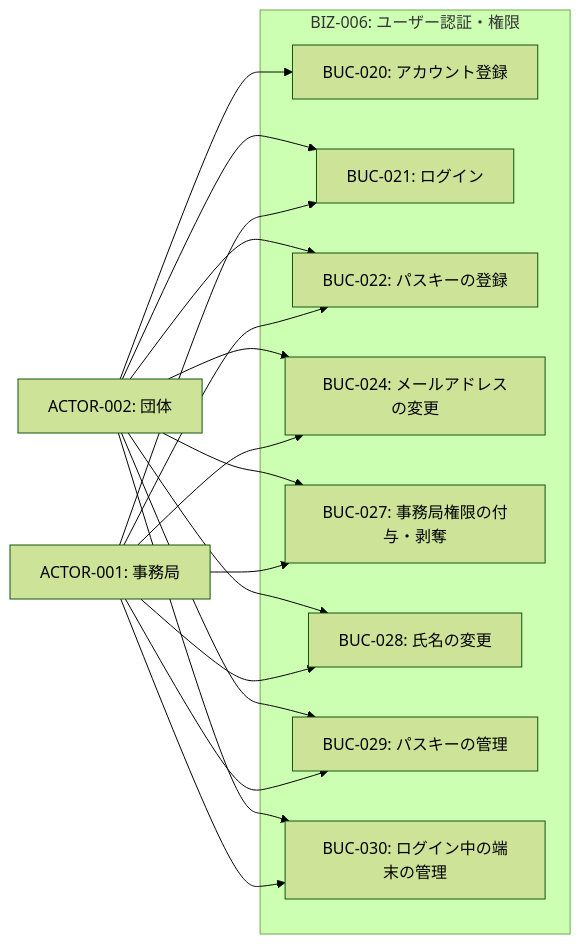
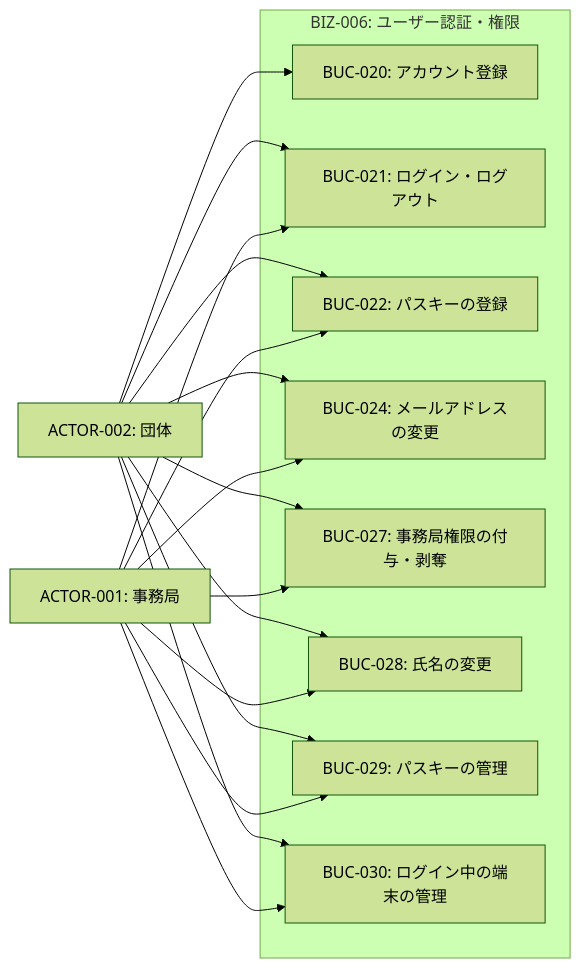
One commit to gdsc-osaka/iclub-reserve changed the first of 9 diagrams in rdra/contexts/user-authentication.md. Above: the diagram before and after it, drawn with Mermaid (forest theme). The commit also changed other lines of this file and 12 other files, not shown here.

````diff
--- a/rdra/contexts/user-authentication.md
+++ b/rdra/contexts/user-authentication.md
@@ -331,32 +338,32 @@
 ```mermaid
 graph LR
     actor1["ACTOR-001: 事務局"]
     actor2["ACTOR-002: 団体"]
 
     subgraph biz6["BIZ-006: ユーザー認証・権限"]
         buc20["BUC-020: アカウント登録"]
-        buc21["BUC-021: ログイン"]
+        buc21["BUC-021: ログイン・ログアウト"]
         buc22["BUC-022: パスキーの登録"]
         buc24["BUC-024: メールアドレスの変更"]
         buc27["BUC-027: 事務局権限の付与・剥奪"]
         buc28["BUC-028: 氏名の変更"]
         buc29["BUC-029: パスキーの管理"]
         buc30["BUC-030: ログイン中の端末の管理"]
     end
 
     actor2 --> buc20
     actor1 --> buc21
     actor2 --> buc21
     actor1 --> buc22
     actor2 --> buc22
     actor1 --> buc24
     actor2 --> buc24
     actor1 --> buc27
     actor2 --> buc27
     actor1 --> buc28
     actor2 --> buc28
     actor1 --> buc29
     actor2 --> buc29
     actor1 --> buc30
     actor2 --> buc30
 ```
````
